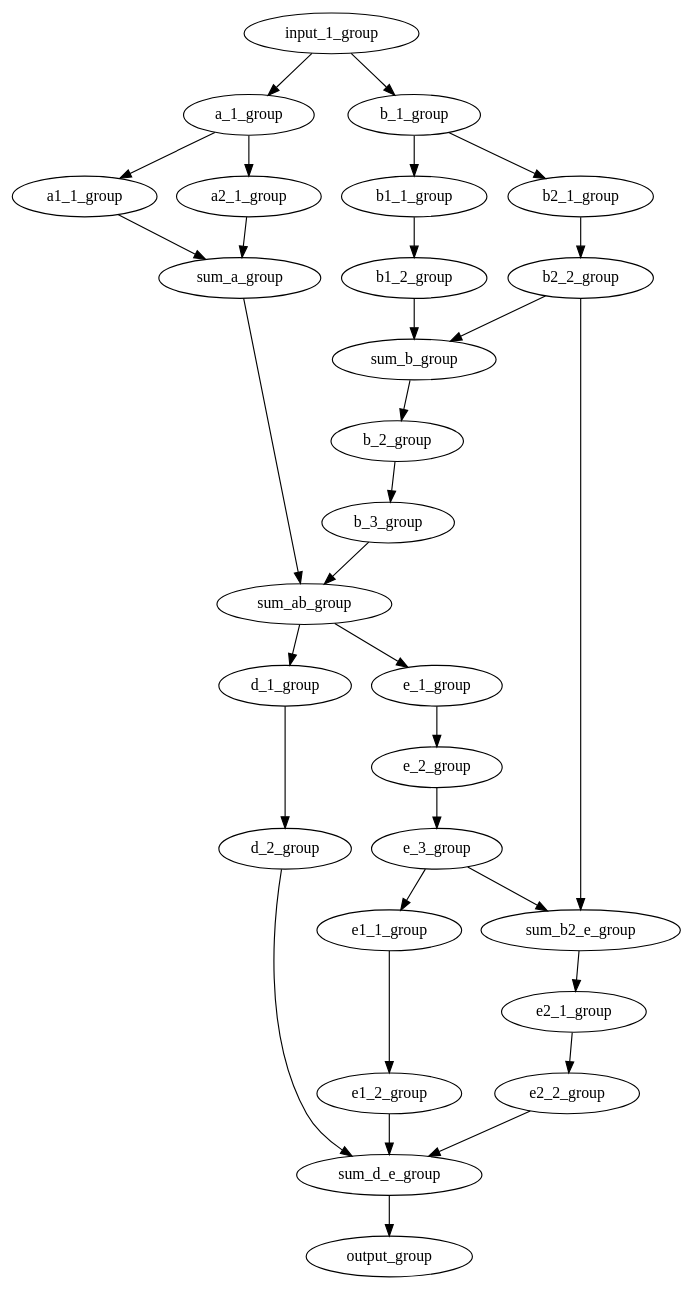
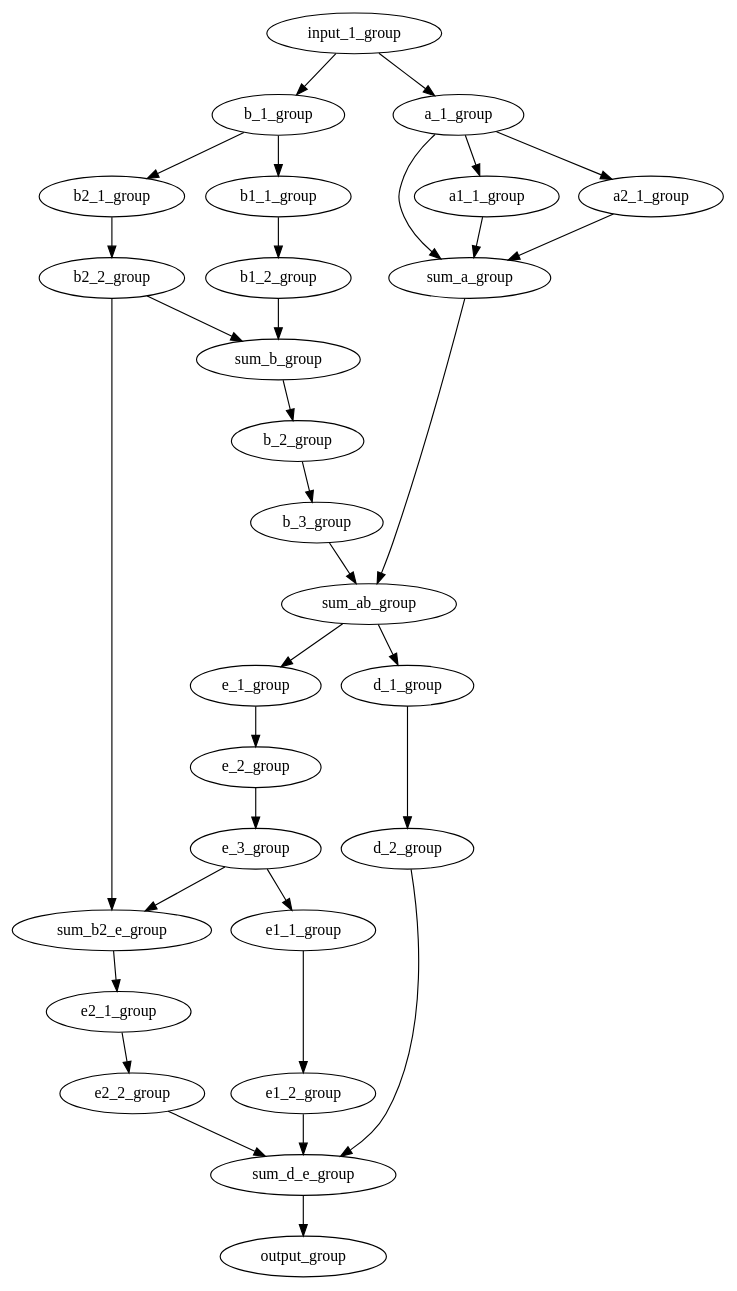
Before and after one commit to jvanmelckebeke/model-visualiser: the diagram in graph.dot, drawn with Graphviz. The commit also changed 12 other files, not shown here.

```diff
--- a/graph.dot
+++ b/graph.dot
@@ -1,33 +1,34 @@
 strict digraph "" {
 	input_1_group -> b_1_group;
 	input_1_group -> a_1_group;
 	b_1_group -> b1_1_group;
 	b_1_group -> b2_1_group;
+	a_1_group -> sum_a_group;
 	a_1_group -> a1_1_group;
 	a_1_group -> a2_1_group;
+	sum_a_group -> sum_ab_group;
 	b1_1_group -> b1_2_group;
 	b2_1_group -> b2_2_group;
 	a1_1_group -> sum_a_group;
 	a2_1_group -> sum_a_group;
-	sum_a_group -> sum_ab_group;
+	sum_ab_group -> e_1_group;
+	sum_ab_group -> d_1_group;
+	e_1_group -> e_2_group;
+	d_1_group -> d_2_group;
 	b1_2_group -> sum_b_group;
 	b2_2_group -> sum_b_group;
 	b2_2_group -> sum_b2_e_group;
-	sum_ab_group -> e_1_group;
-	sum_ab_group -> d_1_group;
 	sum_b_group -> b_2_group;
 	sum_b2_e_group -> e2_1_group;
-	e_1_group -> e_2_group;
-	d_1_group -> d_2_group;
+	e_2_group -> e_3_group;
+	d_2_group -> sum_d_e_group;
 	b_2_group -> b_3_group;
 	e2_1_group -> e2_2_group;
-	e_2_group -> e_3_group;
-	d_2_group -> sum_d_e_group;
-	b_3_group -> sum_ab_group;
-	e2_2_group -> sum_d_e_group;
 	sum_d_e_group -> output_group;
 	e_3_group -> sum_b2_e_group;
 	e_3_group -> e1_1_group;
+	b_3_group -> sum_ab_group;
+	e2_2_group -> sum_d_e_group;
 	e1_1_group -> e1_2_group;
 	e1_2_group -> sum_d_e_group;
 }
```
